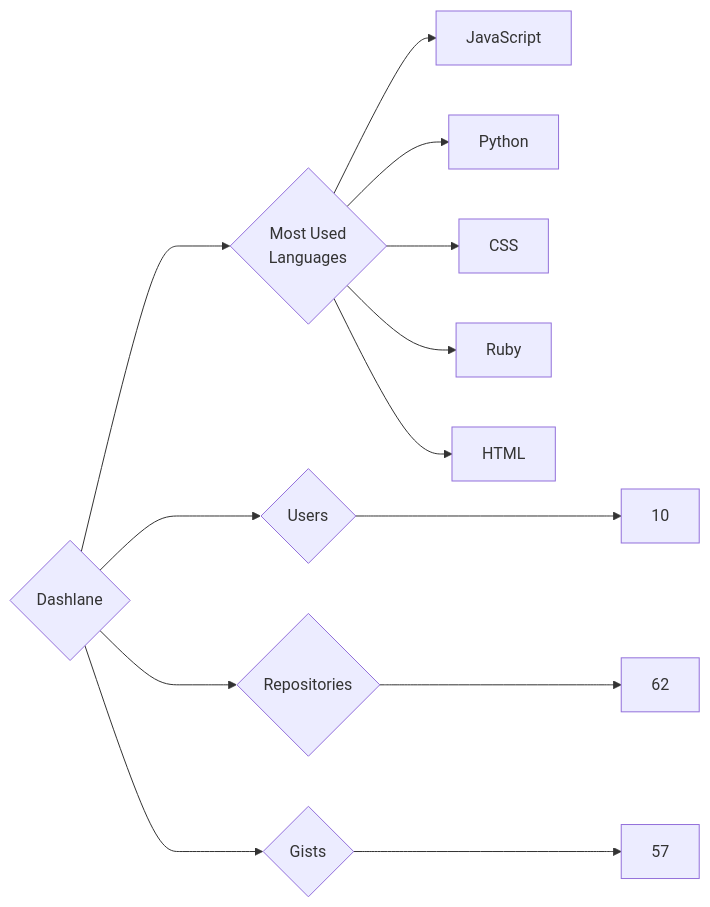
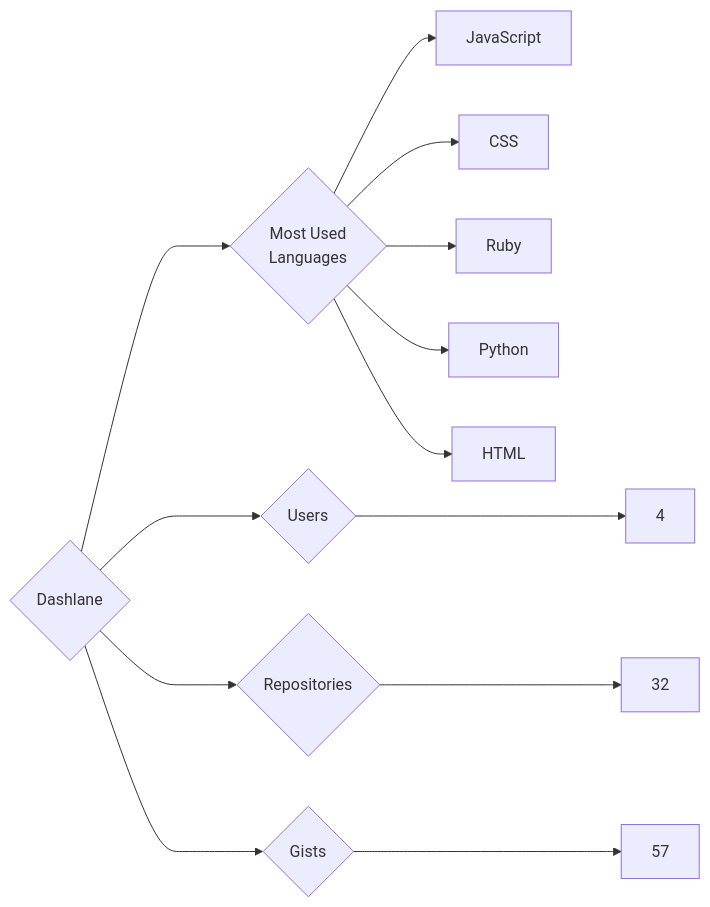
The diagram in targets/Dashlane/README.md (trickest/insiders), drawn with Mermaid before and after one commit. The commit also changed 1078 other files, not shown here.

````diff
--- a/targets/Dashlane/README.md
+++ b/targets/Dashlane/README.md
@@ -3,13 +3,13 @@
 ```mermaid
 graph LR
 COMPANY_NAME{Dashlane}
-COMPANY_NAME ---> U{Users} ---> UN[10]
-COMPANY_NAME ---> R{Repositories} ---> RN[62]
+COMPANY_NAME ---> U{Users} ---> UN[4]
+COMPANY_NAME ---> R{Repositories} ---> RN[32]
 COMPANY_NAME ---> G{Gists} ---> GN[57]
 COMPANY_NAME ---> ML{Most Used<br>Languages}
 ML --> JavaScript[JavaScript]
-ML --> Python[Python]
 ML --> CSS[CSS]
 ML --> Ruby[Ruby]
+ML --> Python[Python]
 ML --> HTML[HTML]
 ```
````
